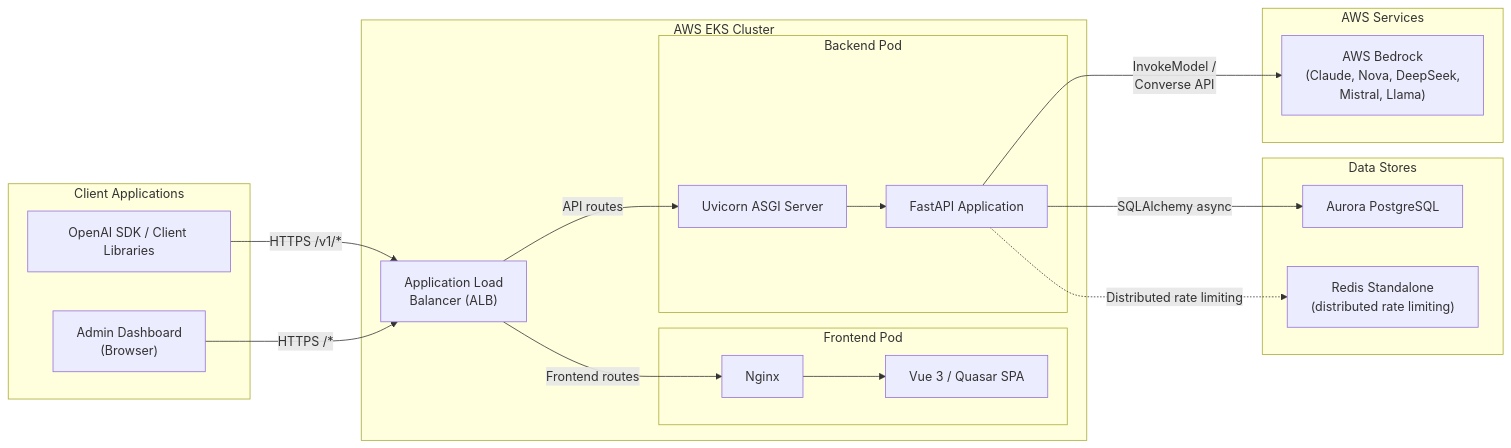
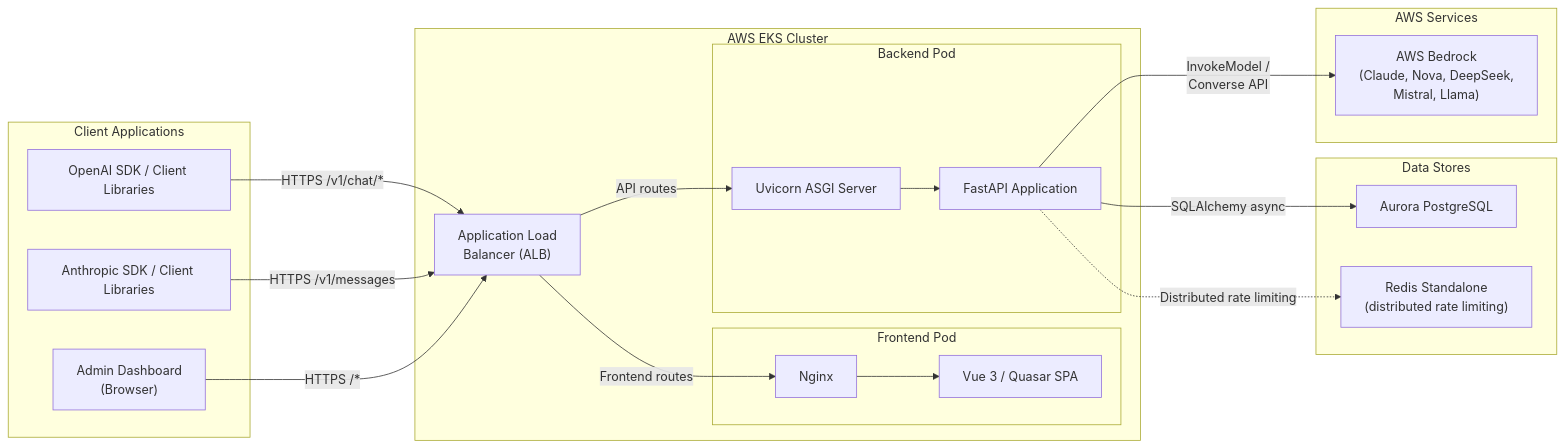
One commit to aws-samples/sample-kolya-br-proxy changed the first of 10 diagrams in docs/architecture.md. Above: the diagram before and after it, drawn with Mermaid. The commit also changed other lines of this file and 40 other files, not shown here.

````diff
--- a/docs/architecture.md
+++ b/docs/architecture.md
@@ -24,40 +24,42 @@
 ```mermaid
 graph LR
     subgraph Clients ["Client Applications"]
         OAI["OpenAI SDK / Client Libraries"]
+        Anthropic_SDK["Anthropic SDK / Client Libraries"]
         Browser["Admin Dashboard<br/>(Browser)"]
     end
 
     subgraph AWS_EKS ["AWS EKS Cluster"]
         subgraph Frontend_Pod ["Frontend Pod"]
             Nginx["Nginx"]
             Vue["Vue 3 / Quasar SPA"]
         end
 
         subgraph Backend_Pod ["Backend Pod"]
             Uvicorn["Uvicorn ASGI Server"]
             FastAPI["FastAPI Application"]
         end
 
         ALB["Application Load<br/>Balancer (ALB)"]
     end
 
     subgraph Data_Stores ["Data Stores"]
         PG["Aurora PostgreSQL"]
         Redis["Redis Standalone<br/>(distributed rate limiting)"]
     end
 
     subgraph AWS_Services ["AWS Services"]
         Bedrock["AWS Bedrock<br/>(Claude, Nova, DeepSeek,<br/>Mistral, Llama)"]
     end
 
-    OAI -->|"HTTPS /v1/*"| ALB
+    OAI -->|"HTTPS /v1/chat/*"| ALB
+    Anthropic_SDK -->|"HTTPS /v1/messages"| ALB
     Browser -->|"HTTPS /*"| ALB
     ALB -->|"Frontend routes"| Nginx
     ALB -->|"API routes"| Uvicorn
     Nginx --> Vue
     Uvicorn --> FastAPI
     FastAPI -->|"InvokeModel /<br/>Converse API"| Bedrock
     FastAPI -->|"SQLAlchemy async"| PG
     FastAPI -.->|"Distributed rate limiting"| Redis
 ```
````
